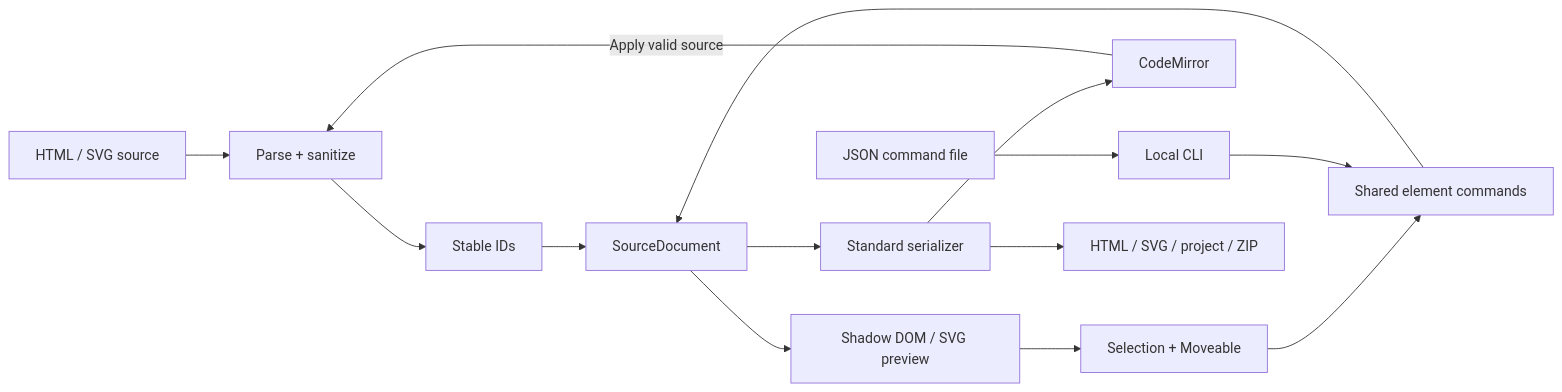
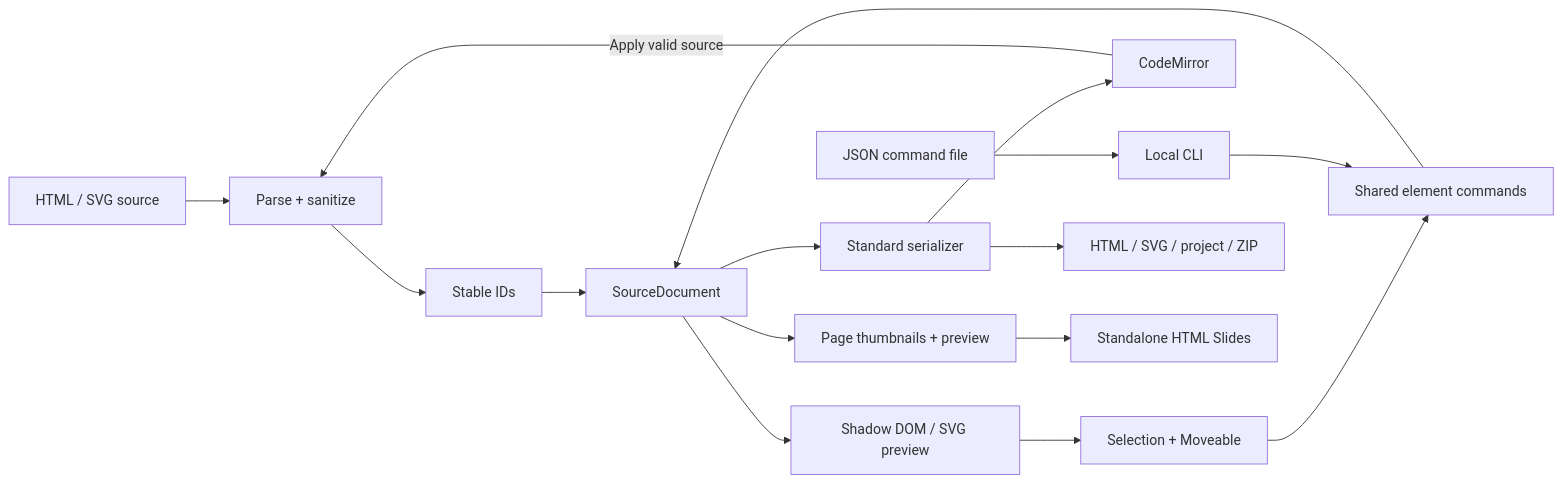
One commit to YTdou/AfterPrompt changed the diagram in docs/ARCHITECTURE.md. Above: the diagram before and after it, drawn with Mermaid. The commit also changed other lines of this file and 18 other files, not shown here.

````diff
--- a/docs/ARCHITECTURE.md
+++ b/docs/ARCHITECTURE.md
@@ -17,16 +17,18 @@
 ```mermaid
 flowchart LR
   Source[HTML / SVG source] --> Parse[Parse + sanitize]
   Parse --> IDs[Stable IDs]
   IDs --> Model[SourceDocument]
   Model --> Preview[Shadow DOM / SVG preview]
   Preview --> Interaction[Selection + Moveable]
   Interaction --> Commands[Shared element commands]
   Commands --> Model
   Model --> Serialize[Standard serializer]
   Serialize --> Code[CodeMirror]
   Code -->|Apply valid source| Parse
   JSON[JSON command file] --> CLI[Local CLI]
   CLI --> Commands
   Serialize --> Export[HTML / SVG / project / ZIP]
+  Model --> Presentation[Page thumbnails + preview]
+  Presentation --> Slides[Standalone HTML Slides]
 ```
````
